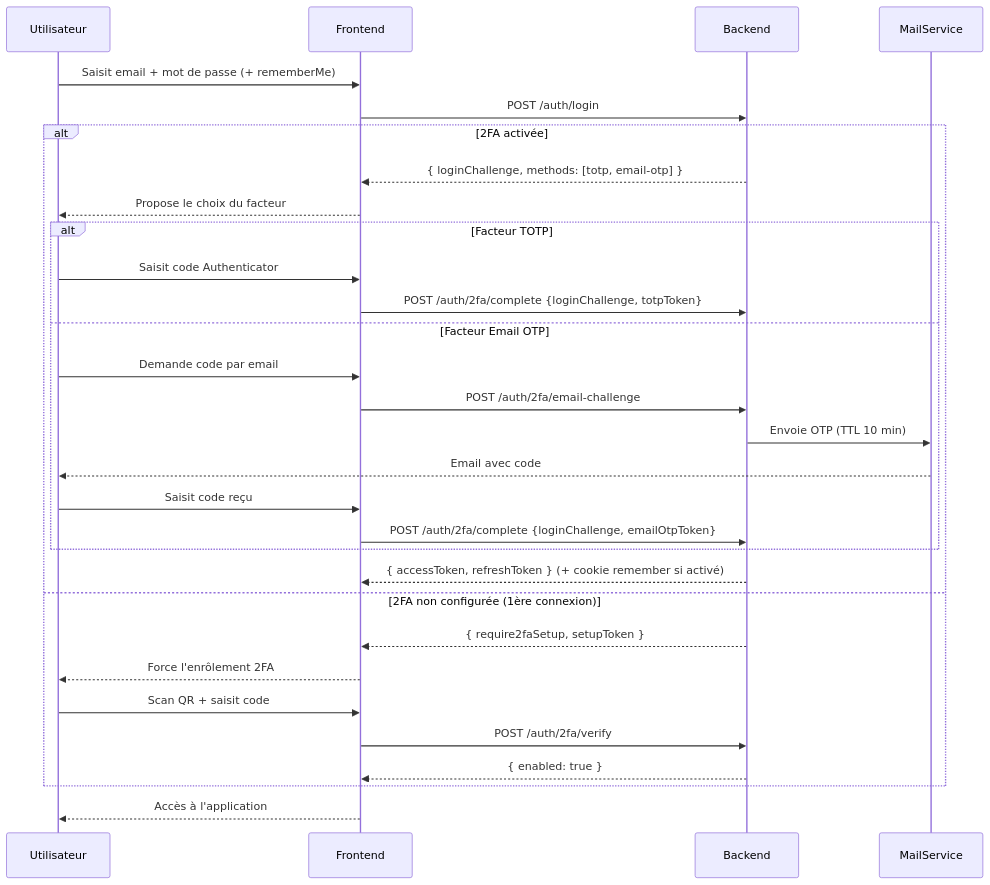
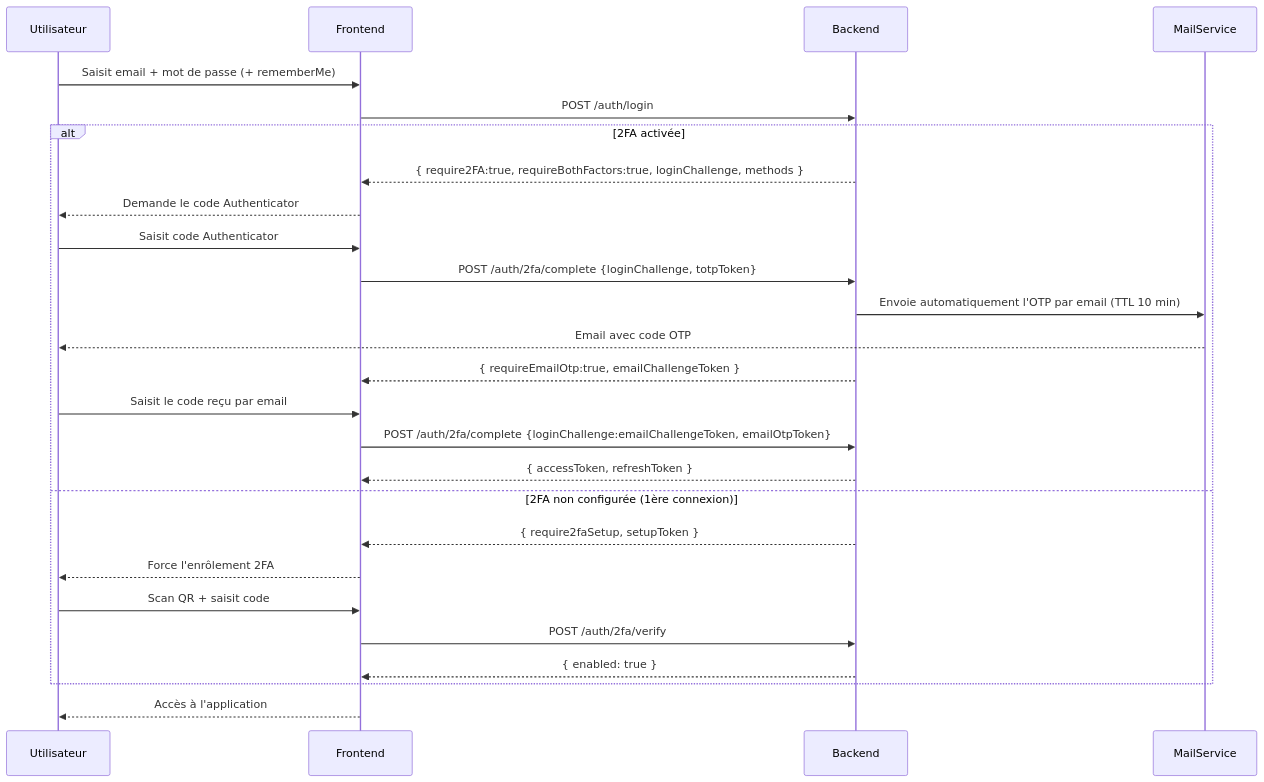
Before and after one commit to raDominique/commercegestion_back: the diagram in docs/renforcement_securite.md, drawn with Mermaid. The commit also changed other lines of this file and 1 other file, not shown here.

Commit message:
feat(auth): enforce mandatory double authentication with TOTP and email OTP in 2FA process

````diff
--- a/docs/renforcement_securite.md
+++ b/docs/renforcement_securite.md
@@ -5,33 +5,29 @@
 ```mermaid
 sequenceDiagram
     participant U as Utilisateur
     participant F as Frontend
     participant B as Backend
     participant M as MailService
 
     U->>F: Saisit email + mot de passe (+ rememberMe)
     F->>B: POST /auth/login
     alt 2FA activée
-        B-->>F: { loginChallenge, methods: [totp, email-otp] }
-        F-->>U: Propose le choix du facteur
-        alt Facteur TOTP
-            U->>F: Saisit code Authenticator
-            F->>B: POST /auth/2fa/complete {loginChallenge, totpToken}
-        else Facteur Email OTP
-            U->>F: Demande code par email
-            F->>B: POST /auth/2fa/email-challenge
-            B->>M: Envoie OTP (TTL 10 min)
-            M-->>U: Email avec code
-            U->>F: Saisit code reçu
-            F->>B: POST /auth/2fa/complete {loginChallenge, emailOtpToken}
-        end
-        B-->>F: { accessToken, refreshToken } (+ cookie remember si activé)
+        B-->>F: { require2FA:true, requireBothFactors:true, loginChallenge, methods }
+        F-->>U: Demande le code Authenticator
+        U->>F: Saisit code Authenticator
+        F->>B: POST /auth/2fa/complete {loginChallenge, totpToken}
+        B->>M: Envoie automatiquement l'OTP par email (TTL 10 min)
+        M-->>U: Email avec code OTP
+        B-->>F: { requireEmailOtp:true, emailChallengeToken }
+        U->>F: Saisit le code reçu par email
+        F->>B: POST /auth/2fa/complete {loginChallenge:emailChallengeToken, emailOtpToken}
+        B-->>F: { accessToken, refreshToken }
     else 2FA non configurée (1ère connexion)
         B-->>F: { require2faSetup, setupToken }
         F-->>U: Force l'enrôlement 2FA
         U->>F: Scan QR + saisit code
         F->>B: POST /auth/2fa/verify
         B-->>F: { enabled: true }
     end
     F-->>U: Accès à l'application
 ```
````
